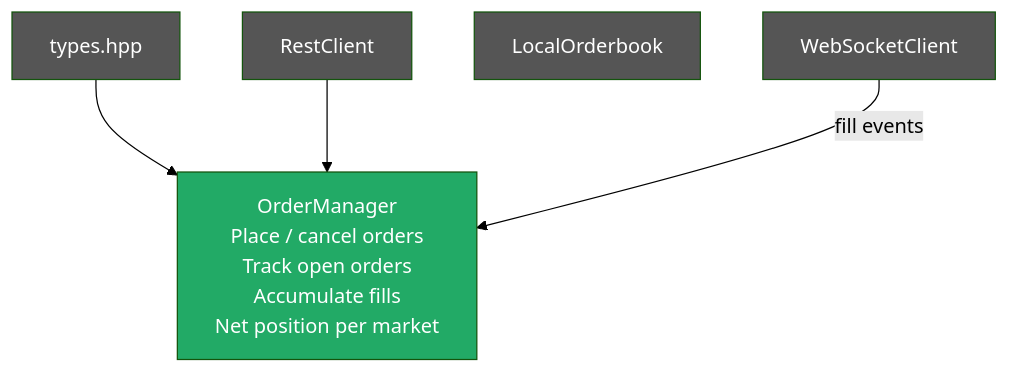
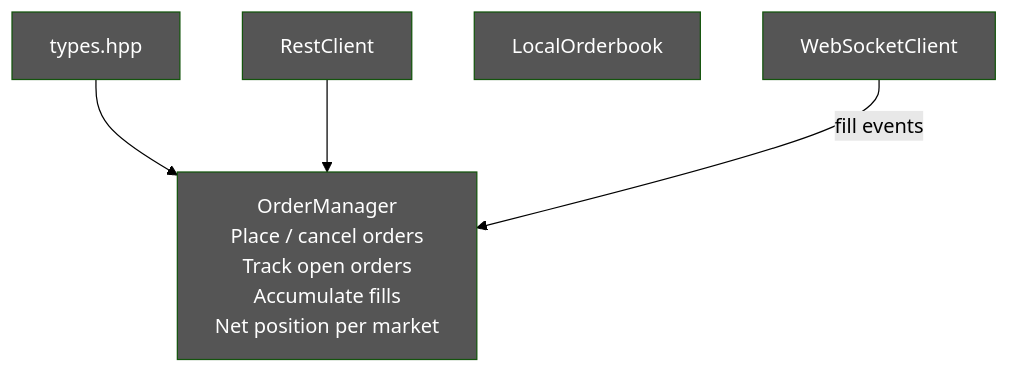
One commit to jfreun123/kalshi-market-maker changed the eighth of 12 diagrams in PLAN.md. Above: the diagram before and after it, drawn with Mermaid (forest theme). The commit also changed other lines of this file and 5 other files, not shown here.

````diff
--- a/PLAN.md
+++ b/PLAN.md
@@ -359,18 +359,18 @@
 ```mermaid
 graph TD
     T["types.hpp"]
     RC["RestClient"]
     OB["LocalOrderbook"]
     WSC["WebSocketClient"]
     OM["OrderManager\nPlace / cancel orders\nTrack open orders\nAccumulate fills\nNet position per market"]
 
     T --> OM
     RC --> OM
     WSC -->|fill events| OM
 
     style T fill:#555,color:#fff
     style RC fill:#555,color:#fff
     style OB fill:#555,color:#fff
     style WSC fill:#555,color:#fff
-    style OM fill:#2a6,color:#fff
+    style OM fill:#555,color:#fff
 ```
````
